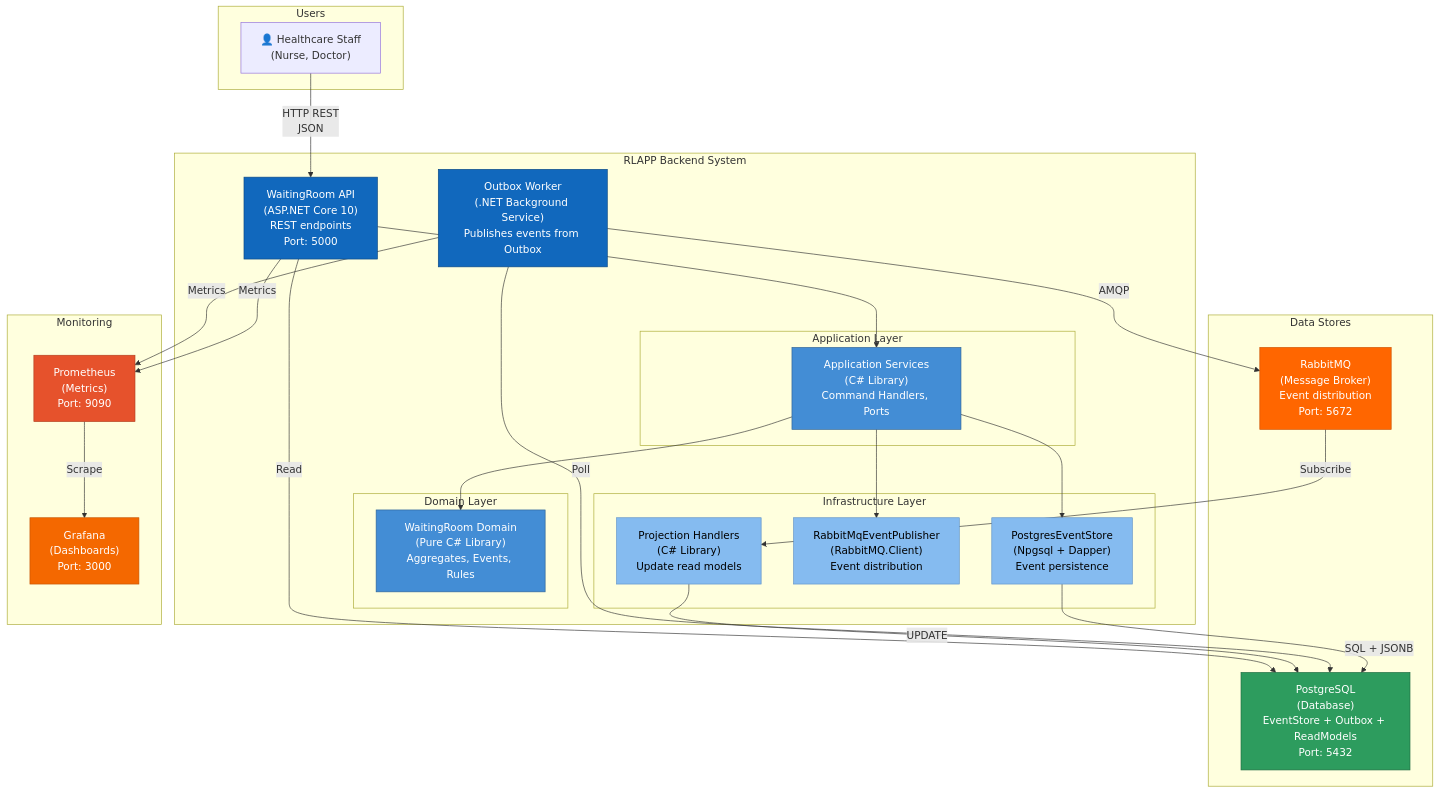
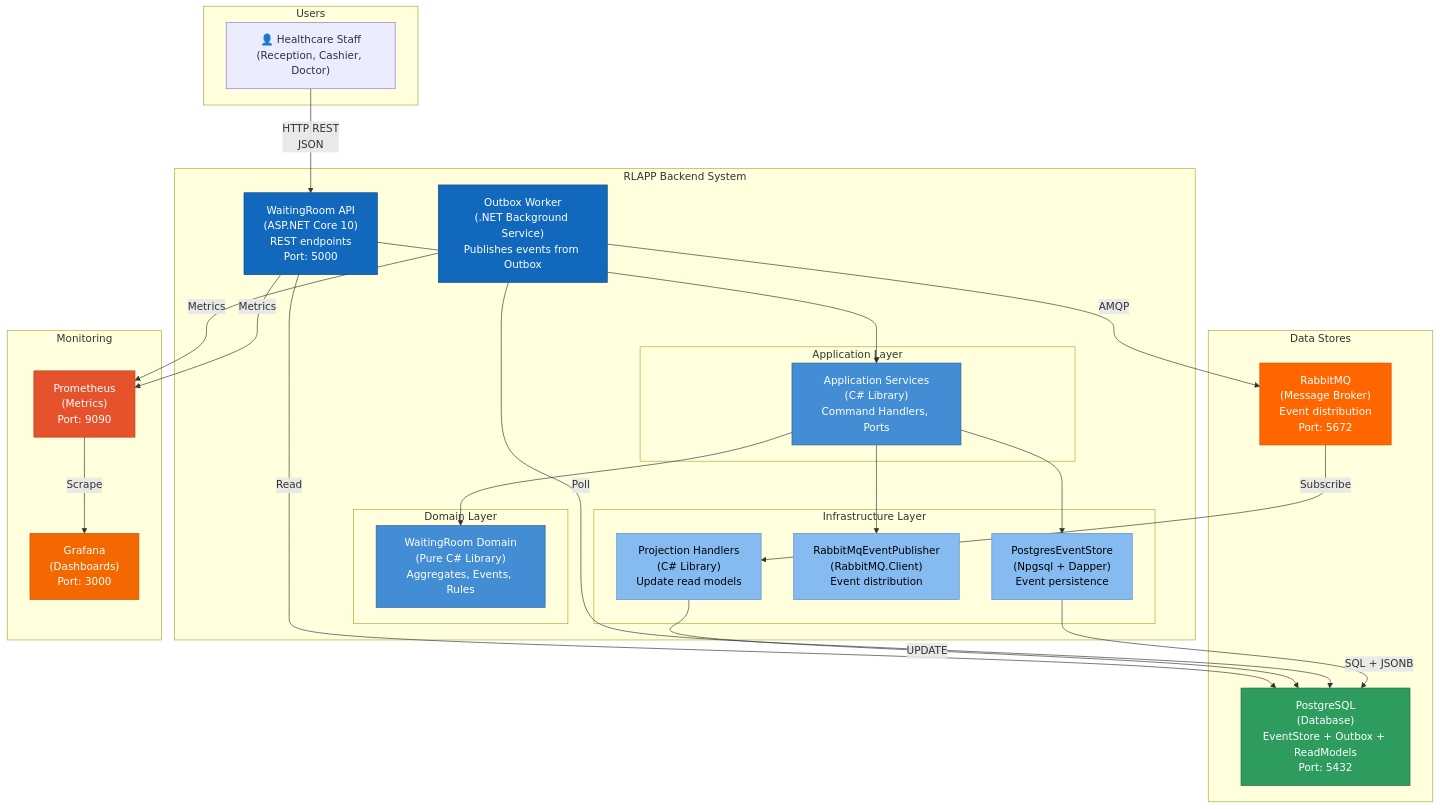
The second of 7 diagrams in docs/architecture/c4-diagrams.md (leopcaraballo/rlapp-backend), drawn with Mermaid before and after one commit. The commit also changed other lines of this file and 101 other files, not shown here.

````diff
--- a/docs/architecture/c4-diagrams.md
+++ b/docs/architecture/c4-diagrams.md
@@ -83,67 +86,67 @@
 ```mermaid
 graph TB
     subgraph "Users"
-        User["👤 Healthcare Staff<br/>(Nurse, Doctor)"]
+        User["👤 Healthcare Staff<br/>(Reception, Cashier, Doctor)"]
     end
 
     subgraph "RLAPP Backend System"
         API["WaitingRoom API<br/>(ASP.NET Core 10)<br/>REST endpoints<br/>Port: 5000"]
         Worker["Outbox Worker<br/>(.NET Background Service)<br/>Publishes events from Outbox"]
 
         subgraph "Domain Layer"
             Domain["WaitingRoom Domain<br/>(Pure C# Library)<br/>Aggregates, Events, Rules"]
         end
 
         subgraph "Application Layer"
             Application["Application Services<br/>(C# Library)<br/>Command Handlers, Ports"]
         end
 
         subgraph "Infrastructure Layer"
             EventStoreImpl["PostgresEventStore<br/>(Npgsql + Dapper)<br/>Event persistence"]
             PublisherImpl["RabbitMqEventPublisher<br/>(RabbitMQ.Client)<br/>Event distribution"]
             ProjectionImpl["Projection Handlers<br/>(C# Library)<br/>Update read models"]
         end
     end
 
     subgraph "Data Stores"
         PostgreSQL["PostgreSQL<br/>(Database)<br/>EventStore + Outbox + ReadModels<br/>Port: 5432"]
         RabbitMQ["RabbitMQ<br/>(Message Broker)<br/>Event distribution<br/>Port: 5672"]
     end
 
     subgraph "Monitoring"
         Prometheus["Prometheus<br/>(Metrics)<br/>Port: 9090"]
         Grafana["Grafana<br/>(Dashboards)<br/>Port: 3000"]
     end
 
     User -->|"HTTP REST<br/>JSON"| API
 
     API --> Application
     Application --> Domain
     Application --> EventStoreImpl
     Application --> PublisherImpl
 
     EventStoreImpl -->|"SQL + JSONB"| PostgreSQL
     Worker -->|"Poll"| PostgreSQL
     Worker -->|"AMQP"| RabbitMQ
 
     RabbitMQ -->|"Subscribe"| ProjectionImpl
     ProjectionImpl -->|"UPDATE"| PostgreSQL
 
     API -->|"Read"| PostgreSQL
 
     API -->|"Metrics"| Prometheus
     Worker -->|"Metrics"| Prometheus
     Prometheus -->|"Scrape"| Grafana
 
     style API fill:#1168bd,stroke:#0b4884,color:#ffffff
     style Worker fill:#1168bd,stroke:#0b4884,color:#ffffff
     style Domain fill:#438dd5,stroke:#2e6295,color:#ffffff
     style Application fill:#438dd5,stroke:#2e6295,color:#ffffff
     style EventStoreImpl fill:#85bbf0,stroke:#5d91c9,color:#000000
     style PublisherImpl fill:#85bbf0,stroke:#5d91c9,color:#000000
     style ProjectionImpl fill:#85bbf0,stroke:#5d91c9,color:#000000
     style PostgreSQL fill:#2d9c5e,stroke:#1f6b41,color:#ffffff
     style RabbitMQ fill:#ff6600,stroke:#cc5200,color:#ffffff
     style Prometheus fill:#e6522c,stroke:#b33f1e,color:#ffffff
     style Grafana fill:#f46800,stroke:#c45300,color:#ffffff
 ```
````
